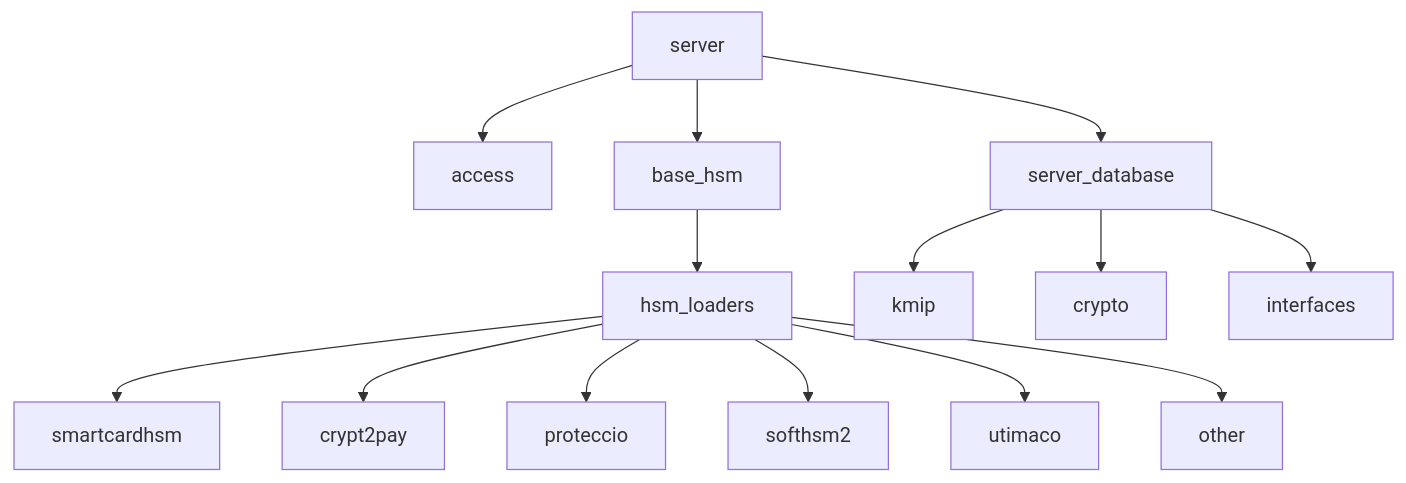
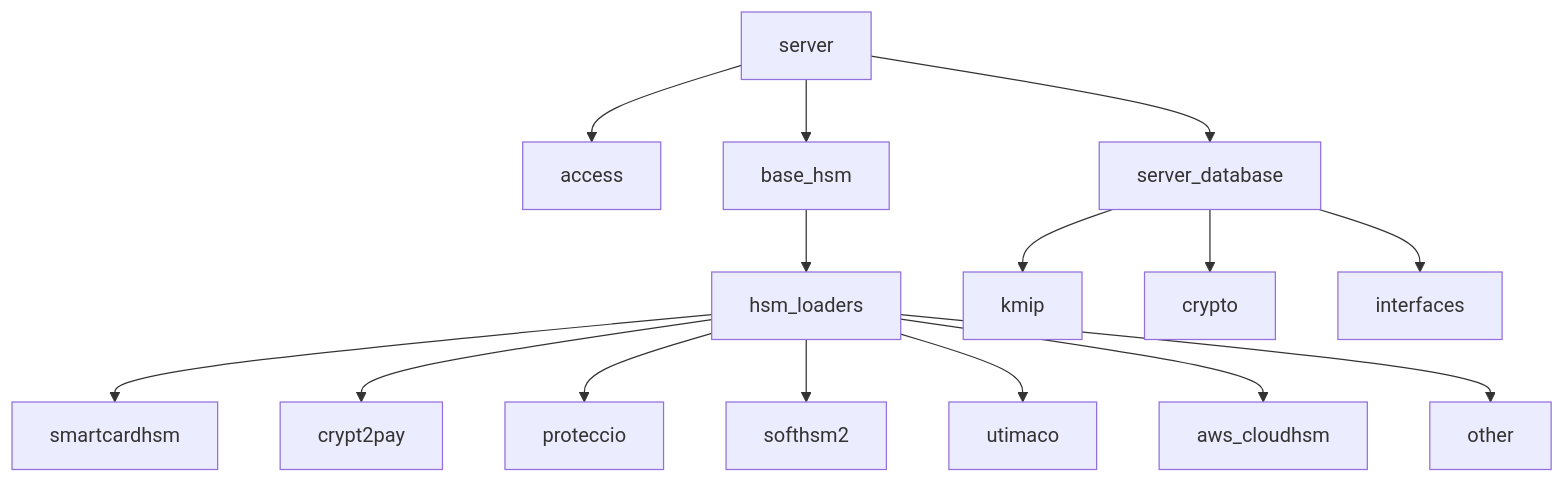
One commit to Cosmian/kms changed the diagram in README.md. Above: the diagram before and after it, drawn with Mermaid. The commit also changed other lines of this file and 461 other files, not shown here.

````diff
--- a/README.md
+++ b/README.md
@@ -542,20 +542,21 @@
 ```mermaid
 flowchart TD
     server[server]
 
     server --> access
     server --> base_hsm
     server --> server_database
     base_hsm --> hsm_loaders
 
     hsm_loaders --> smartcardhsm
     hsm_loaders --> crypt2pay
     hsm_loaders --> proteccio
     hsm_loaders --> softhsm2
     hsm_loaders --> utimaco
+    hsm_loaders --> aws_cloudhsm
     hsm_loaders --> other
 
     server_database --> kmip
     server_database --> crypto
     server_database --> interfaces
 ```
````
